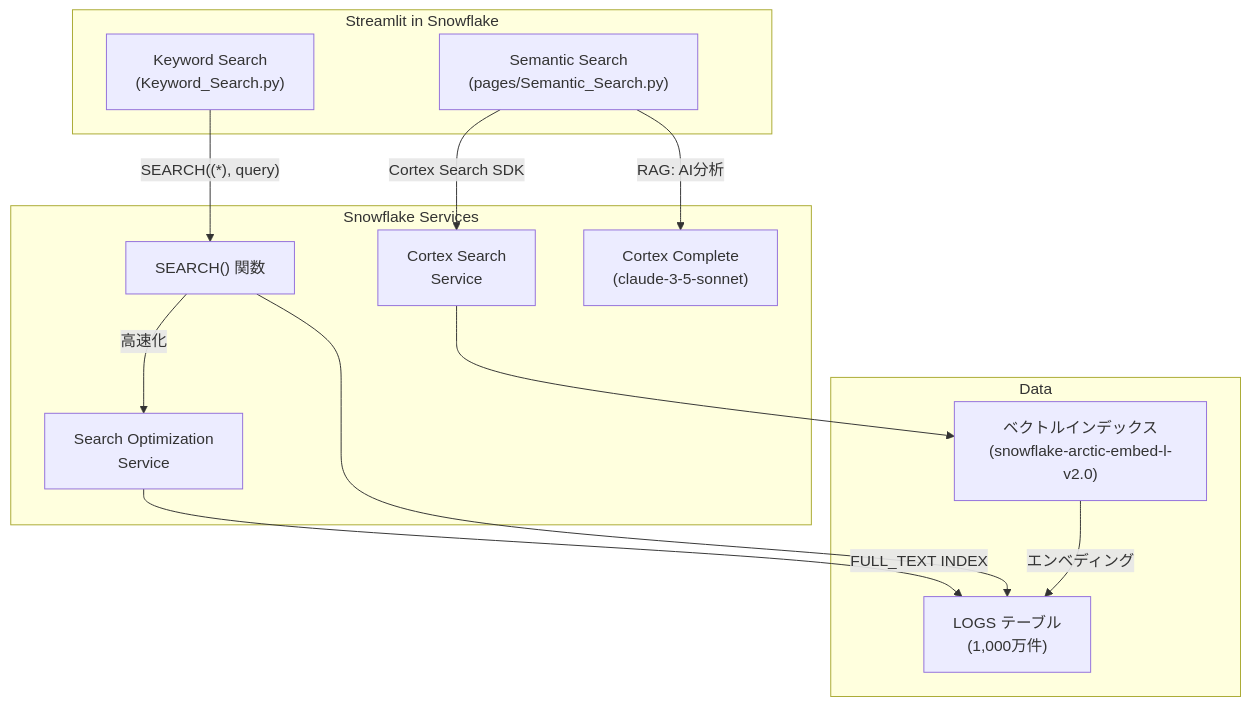
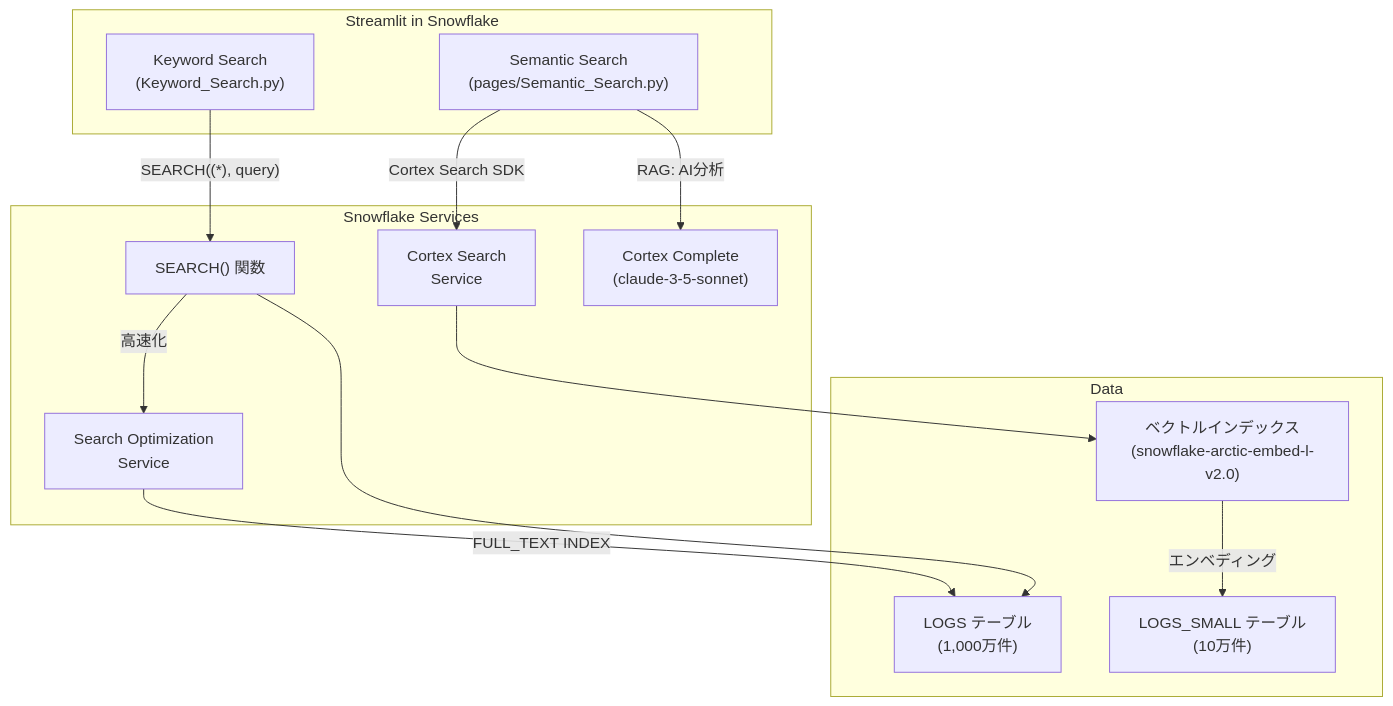
The first of 4 diagrams in README.md (sfc-gh-kfukamori/snowflake-log-search-app), drawn with Mermaid before and after one commit. The commit also changed other lines of this file and 1 other file, not shown here.

First line of the commit message:
Update Semantic Search to use LOGS_SMALL table, add RAG documentation

````diff
--- a/README.md
+++ b/README.md
@@ -234,29 +243,30 @@
 ```mermaid
 graph TB
     subgraph "Streamlit in Snowflake"
         KS["Keyword Search<br/>(Keyword_Search.py)"]
         SS["Semantic Search<br/>(pages/Semantic_Search.py)"]
     end
 
     subgraph "Snowflake Services"
         SEARCH["SEARCH() 関数"]
         SOS["Search Optimization<br/>Service"]
         CSS["Cortex Search<br/>Service"]
         CC["Cortex Complete<br/>(claude-3-5-sonnet)"]
     end
 
     subgraph "Data"
         LOGS["LOGS テーブル<br/>(1,000万件)"]
+        LOGS_S["LOGS_SMALL テーブル<br/>(10万件)"]
         VEC["ベクトルインデックス<br/>(snowflake-arctic-embed-l-v2.0)"]
     end
 
     KS -->|"SEARCH((*), query)"| SEARCH
     SEARCH -->|"高速化"| SOS
     SOS -->|"FULL_TEXT INDEX"| LOGS
     SEARCH --> LOGS
 
     SS -->|"Cortex Search SDK"| CSS
     CSS --> VEC
-    VEC -->|"エンベディング"| LOGS
+    VEC -->|"エンベディング"| LOGS_S
     SS -->|"RAG: AI分析"| CC
 ```
````
